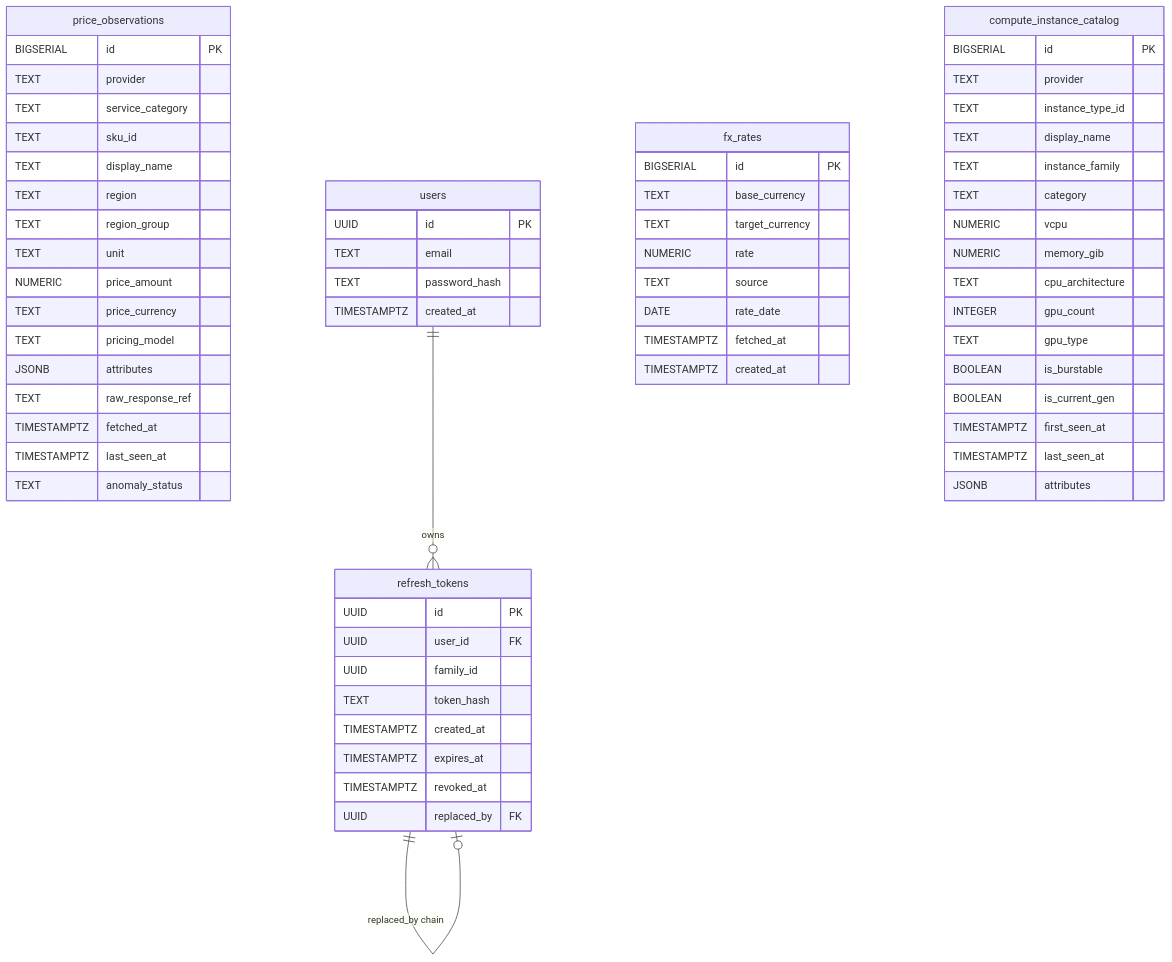
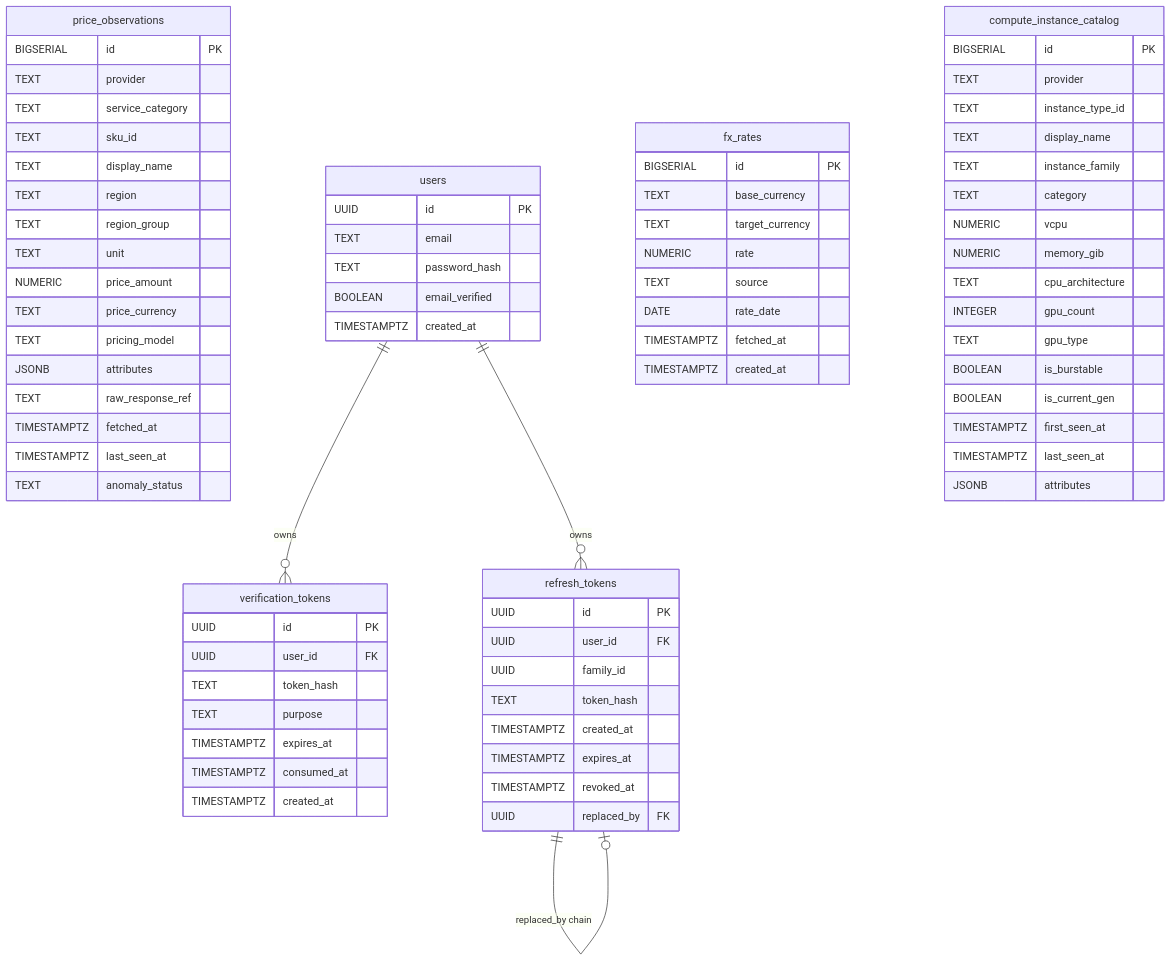
The first of 2 diagrams in docs/diagrams/02-data-model-erd.md (thatengineerguy21/cloudvitta), drawn with Mermaid before and after one commit. The commit also changed other lines of this file and 46 other files, not shown here.

First line of the commit message:
feat(auth): implement email verification with Resend and strict login gate

````diff
--- a/docs/diagrams/02-data-model-erd.md
+++ b/docs/diagrams/02-data-model-erd.md
@@ -31,6 +31,17 @@
         UUID id PK
         TEXT email
         TEXT password_hash
+        BOOLEAN email_verified
+        TIMESTAMPTZ created_at
+    }
+
+    verification_tokens {
+        UUID id PK
+        UUID user_id FK
+        TEXT token_hash
+        TEXT purpose
+        TIMESTAMPTZ expires_at
+        TIMESTAMPTZ consumed_at
         TIMESTAMPTZ created_at
     }
 
@@ -76,5 +87,6 @@
     }
 
     users ||--o{ refresh_tokens : "owns"
+    users ||--o{ verification_tokens : "owns"
     refresh_tokens ||--o| refresh_tokens : "replaced_by chain"
 ```
````
